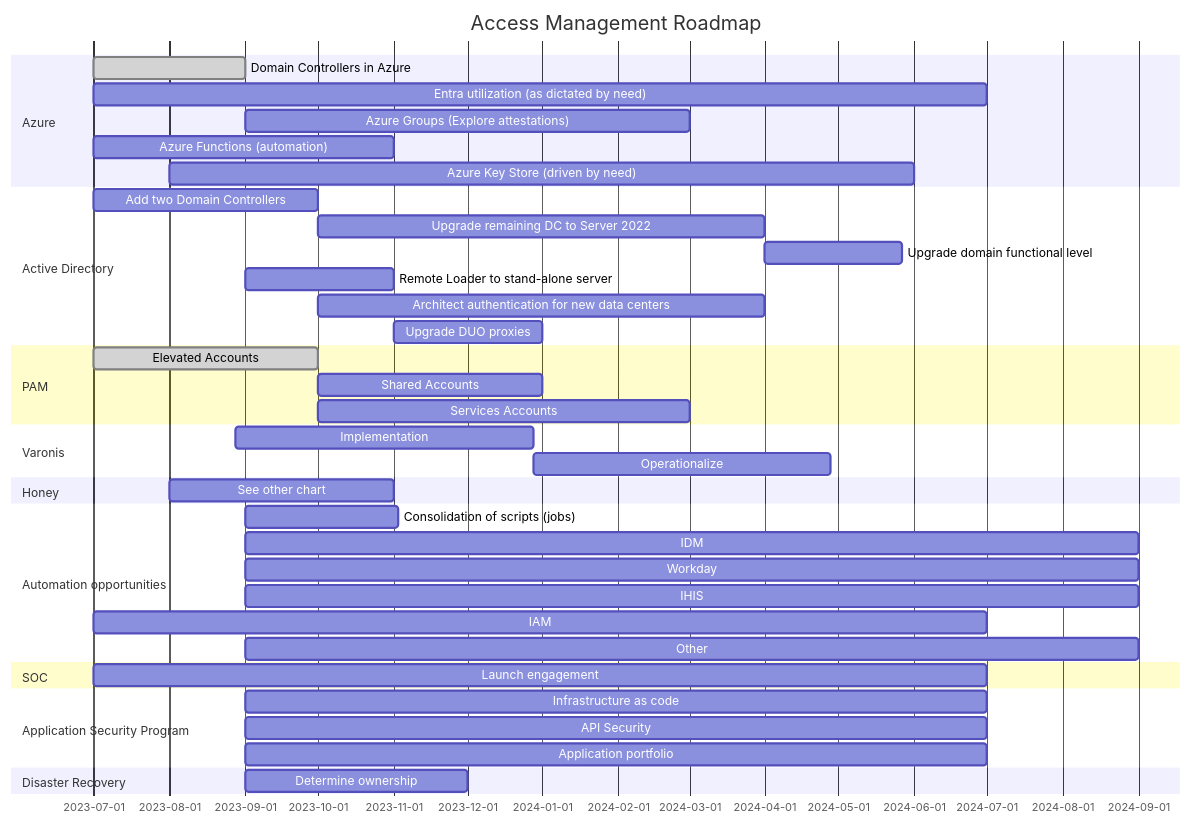
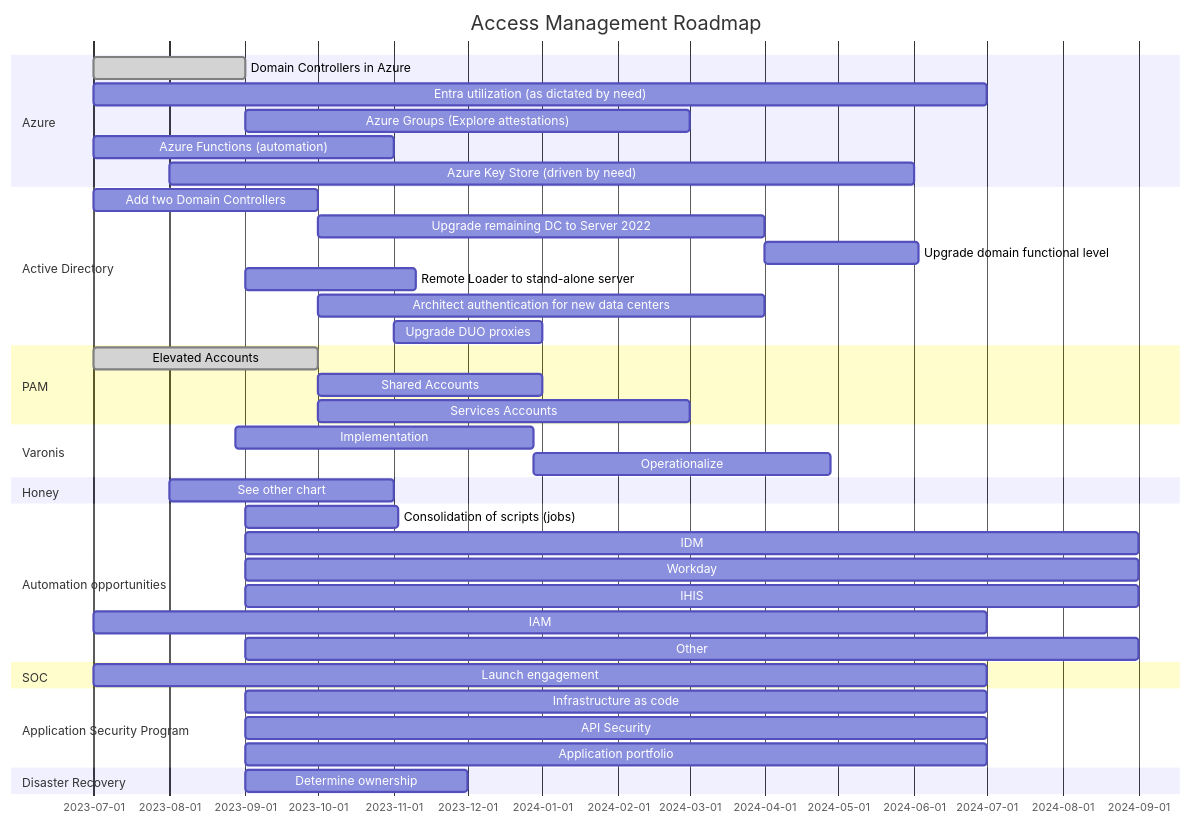
Before and after one commit to stahler/MermaidDiagrams: the diagram in AccessManagement.md, drawn with Mermaid. The commit also changed 1 other file, not shown here.

Commit message:
Change format

````diff
--- a/AccessManagement.md
+++ b/AccessManagement.md
@@ -1,56 +1,56 @@
 ```mermaid
 
 gantt
     title Access Management Roadmap
     dateFormat  YY-MM-DD
     todayMarker on
 
     %% excludes    Weekends
     
 section Azure
 Domain Controllers in Azure             :done,2023-07-01, 2M
 Entra utilization (as dictated by need) :2023-07-01, 12M
 Azure Groups (Explore attestations)     :2023-09-01, 6M
 Azure Functions (automation)            :2023-07-01, 4M
 Azure Key Store (driven by need)        :2023-08-01, 10M
 
 section Active Directory                    
 Add two Domain Controllers              :a1,2023-07-01, 3M
 Upgrade remaining DC to Server 2022     :a2,after a1, 6M
-Upgrade domain functional level         :a3,after a2, 8w
-Remote Loader to stand-alone server     :2023-09-01,2M
+Upgrade domain functional level         :a3,after a2, 9w
+Remote Loader to stand-alone server     :2023-09-01,10w
 Architect authentication for new data centers: 2023-10-01, 6M
 Upgrade DUO proxies                     :2023-11-01, 2M
 
 section PAM
 Elevated Accounts                       :done,p1, 2023-07-01, 3M
 Shared Accounts                         :after p1,3M
 Services Accounts                       :after p1,5M
 
 section Varonis
 Implementation                          :v1, 2023-08-28, 4M
 Operationalize                          :after v1, 4M
 
 section Honey 
 See other chart                         :2023-08-01, 3M
 
 section Automation opportunities
 Consolidation of scripts (jobs)         :2023-09-01, 9w
 IDM                                     :2023-09-01, 12M
 Workday                                 :2023-09-01, 12M
 IHIS                                    :2023-09-01, 12M
 IAM                                     :2023-07-01, 12M
 Other                                   :2023-09-01, 12M
 
 section SOC
 Launch engagement                       :2023-07-01, 12M
 
 section Application Security Program   
 Infrastructure as code                  :2023-09-01, 10M
 API Security                            :2023-09-01, 10M
 Application portfolio                   :2023-09-01, 10M
 
 section Disaster Recovery
 Determine ownership                     :2023-09-01, 3M
 
 ```
````
